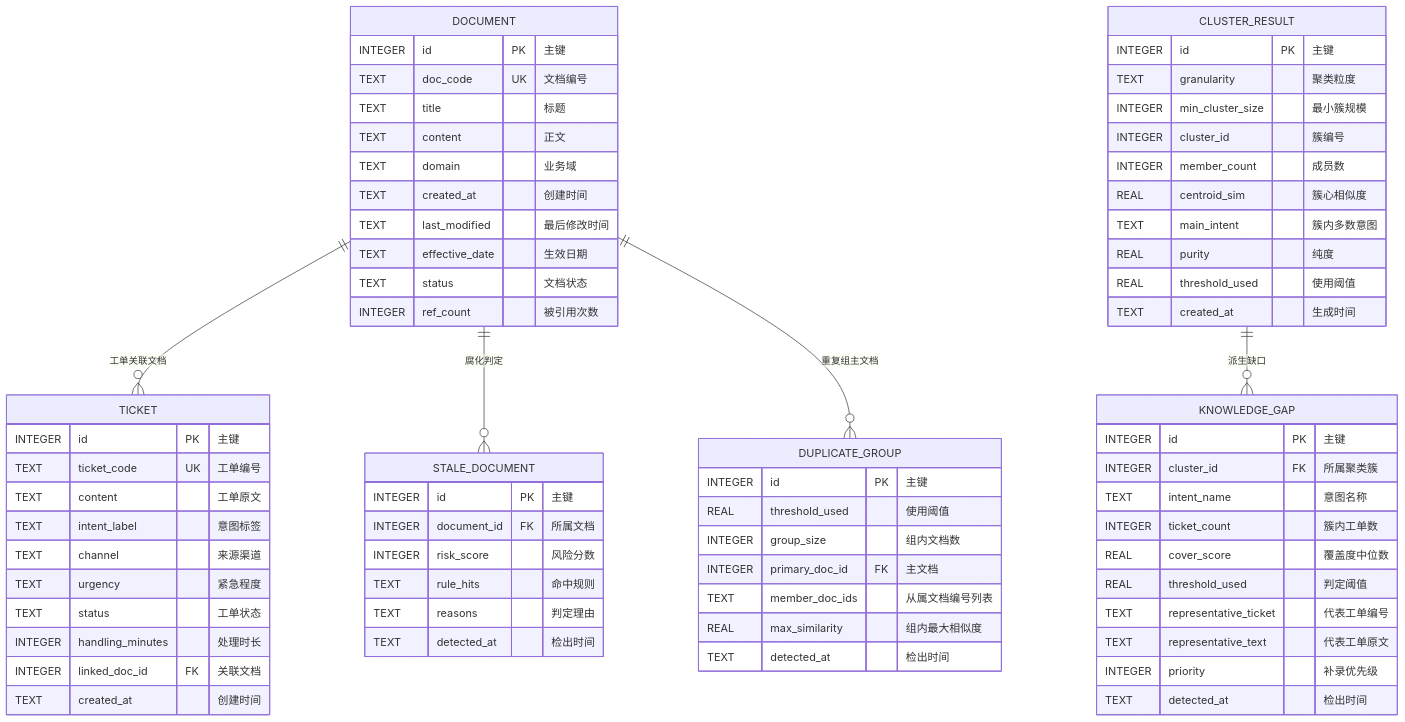
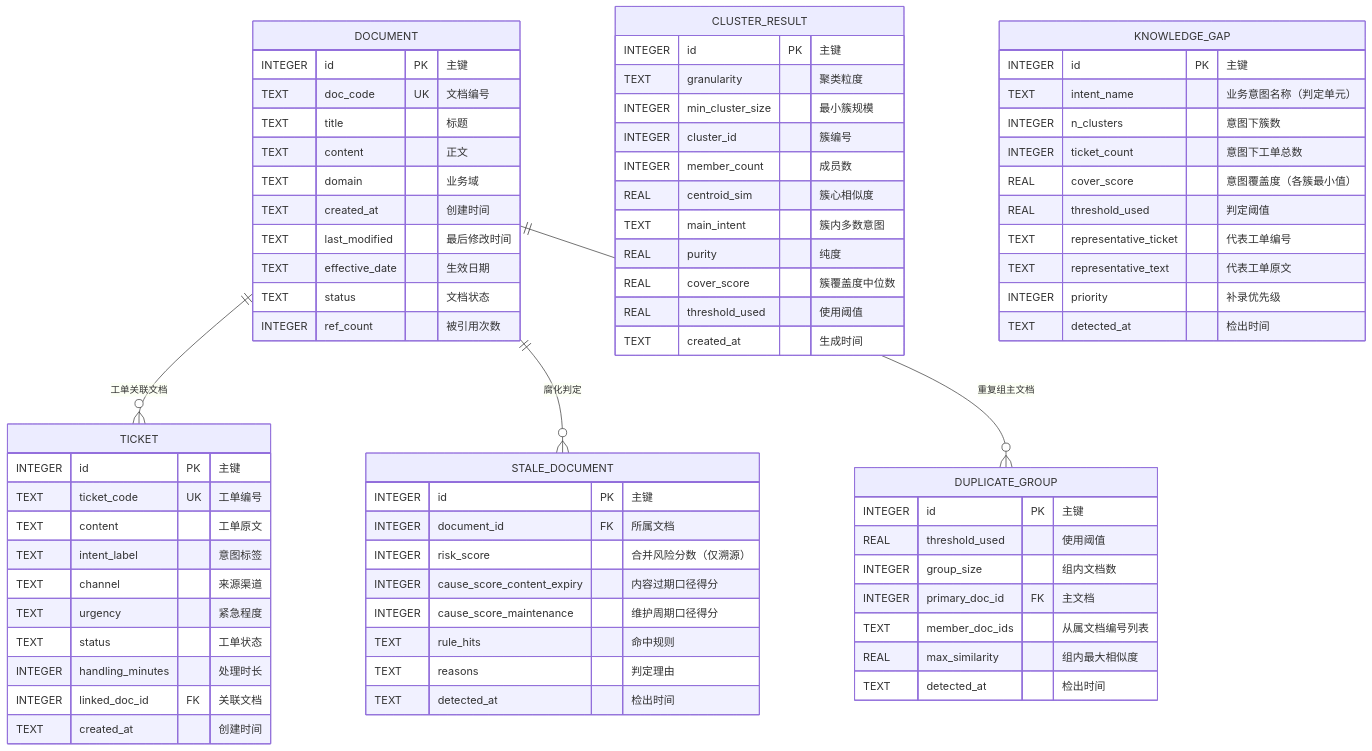
One commit to meisijiya/kb-quality-governance changed the diagram in poc/kbgovernance/figures/02-ER图.md. Above: the diagram before and after it, drawn with Mermaid. The commit also changed other lines of this file and 21 other files, not shown here.

First line of the commit message:
docs(plan): 方案、审计、图稿与术语同步到两口径与意图级判定

````diff
--- a/poc/kbgovernance/figures/02-ER图.md
+++ b/poc/kbgovernance/figures/02-ER图.md
@@ -7,73 +7,75 @@
 ```mermaid
 erDiagram
     DOCUMENT ||--o{ TICKET : "工单关联文档"
     DOCUMENT ||--o{ STALE_DOCUMENT : "腐化判定"
     DOCUMENT ||--o{ DUPLICATE_GROUP : "重复组主文档"
-    CLUSTER_RESULT ||--o{ KNOWLEDGE_GAP : "派生缺口"
 
     DOCUMENT {
         INTEGER id PK "主键"
         TEXT doc_code UK "文档编号"
         TEXT title "标题"
         TEXT content "正文"
         TEXT domain "业务域"
         TEXT created_at "创建时间"
         TEXT last_modified "最后修改时间"
         TEXT effective_date "生效日期"
         TEXT status "文档状态"
         INTEGER ref_count "被引用次数"
     }
     TICKET {
         INTEGER id PK "主键"
         TEXT ticket_code UK "工单编号"
         TEXT content "工单原文"
         TEXT intent_label "意图标签"
         TEXT channel "来源渠道"
         TEXT urgency "紧急程度"
         TEXT status "工单状态"
         INTEGER handling_minutes "处理时长"
         INTEGER linked_doc_id FK "关联文档"
         TEXT created_at "创建时间"
     }
     CLUSTER_RESULT {
         INTEGER id PK "主键"
         TEXT granularity "聚类粒度"
         INTEGER min_cluster_size "最小簇规模"
         INTEGER cluster_id "簇编号"
         INTEGER member_count "成员数"
         REAL centroid_sim "簇心相似度"
         TEXT main_intent "簇内多数意图"
         REAL purity "纯度"
+        REAL cover_score "簇覆盖度中位数"
         REAL threshold_used "使用阈值"
         TEXT created_at "生成时间"
     }
     KNOWLEDGE_GAP {
         INTEGER id PK "主键"
-        INTEGER cluster_id FK "所属聚类簇"
-        TEXT intent_name "意图名称"
-        INTEGER ticket_count "簇内工单数"
-        REAL cover_score "覆盖度中位数"
+        TEXT intent_name "业务意图名称（判定单元）"
+        INTEGER n_clusters "意图下簇数"
+        INTEGER ticket_count "意图下工单总数"
+        REAL cover_score "意图覆盖度（各簇最小值）"
         REAL threshold_used "判定阈值"
         TEXT representative_ticket "代表工单编号"
         TEXT representative_text "代表工单原文"
         INTEGER priority "补录优先级"
         TEXT detected_at "检出时间"
     }
     STALE_DOCUMENT {
         INTEGER id PK "主键"
         INTEGER document_id FK "所属文档"
-        INTEGER risk_score "风险分数"
+        INTEGER risk_score "合并风险分数（仅溯源）"
+        INTEGER cause_score_content_expiry "内容过期口径得分"
+        INTEGER cause_score_maintenance "维护周期口径得分"
         TEXT rule_hits "命中规则"
         TEXT reasons "判定理由"
         TEXT detected_at "检出时间"
     }
     DUPLICATE_GROUP {
         INTEGER id PK "主键"
         REAL threshold_used "使用阈值"
         INTEGER group_size "组内文档数"
         INTEGER primary_doc_id FK "主文档"
         TEXT member_doc_ids "从属文档编号列表"
         REAL max_similarity "组内最大相似度"
         TEXT detected_at "检出时间"
     }
 ```
````
